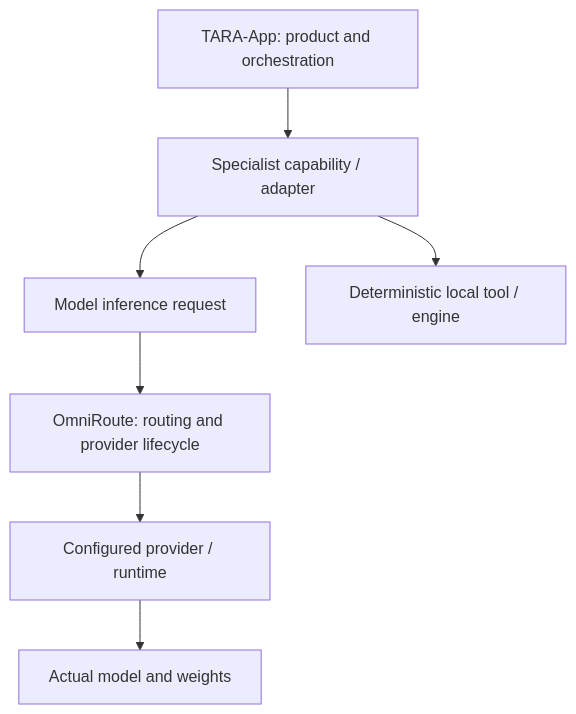
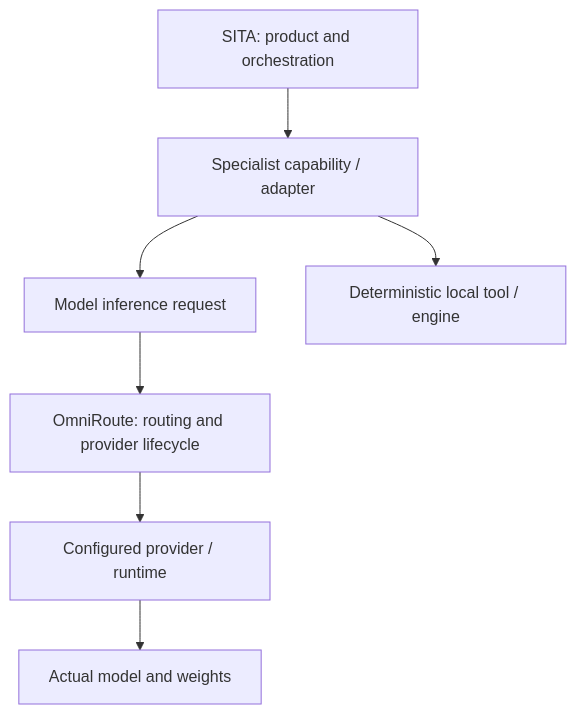
One commit to deathkernel/SITA changed the tenth of 12 diagrams in README.md. Above: the diagram before and after it, drawn with Mermaid. The commit also changed other lines of this file and 34 other files, not shown here.

Commit message:
feat: rebrand TARA as SITA with compatibility aliases

````diff
--- a/README.md
+++ b/README.md
@@ -473,9 +473,9 @@
 ```mermaid
 flowchart TB
-  App[TARA-App: product and orchestration] --> Capability[Specialist capability / adapter]
+  App[SITA: product and orchestration] --> Capability[Specialist capability / adapter]
   Capability --> Inference[Model inference request]
   Inference --> Omni[OmniRoute: routing and provider lifecycle]
   Omni --> Runtime[Configured provider / runtime]
   Runtime --> Model[Actual model and weights]
   Capability --> Tool[Deterministic local tool / engine]
 ```
````
